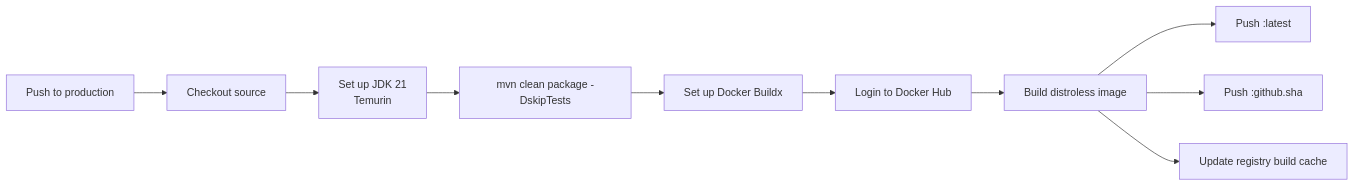
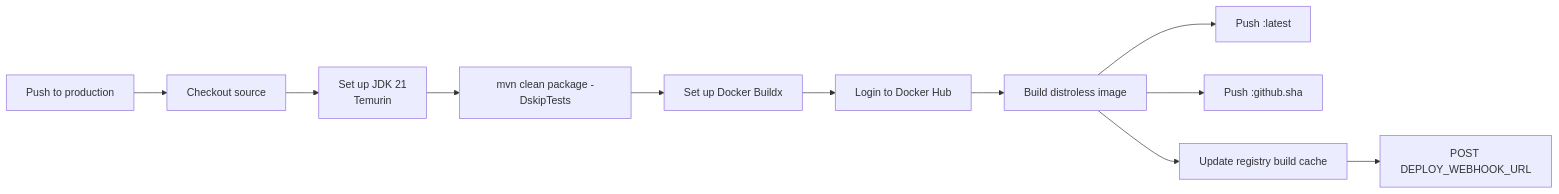
One commit to abhi01-01/APIgateway-walletService changed diagram 13 of 15 in README.md. Above: the diagram before and after it, drawn with Mermaid. The commit also changed other lines of this file and 9 other files, not shown here.

````diff
--- a/README.md
+++ b/README.md
@@ -941,12 +1010,13 @@
 ```mermaid
 flowchart LR
     push["Push to production"] --> checkout["Checkout source"]
     checkout --> java["Set up JDK 21<br/>Temurin"]
     java --> maven["mvn clean package -DskipTests"]
     maven --> buildx["Set up Docker Buildx"]
     buildx --> login["Login to Docker Hub"]
     login --> image["Build distroless image"]
     image --> pushLatest["Push :latest"]
     image --> pushSha["Push :github.sha"]
     image --> cache["Update registry build cache"]
+    cache --> deploy["POST DEPLOY_WEBHOOK_URL"]
 ```
````
